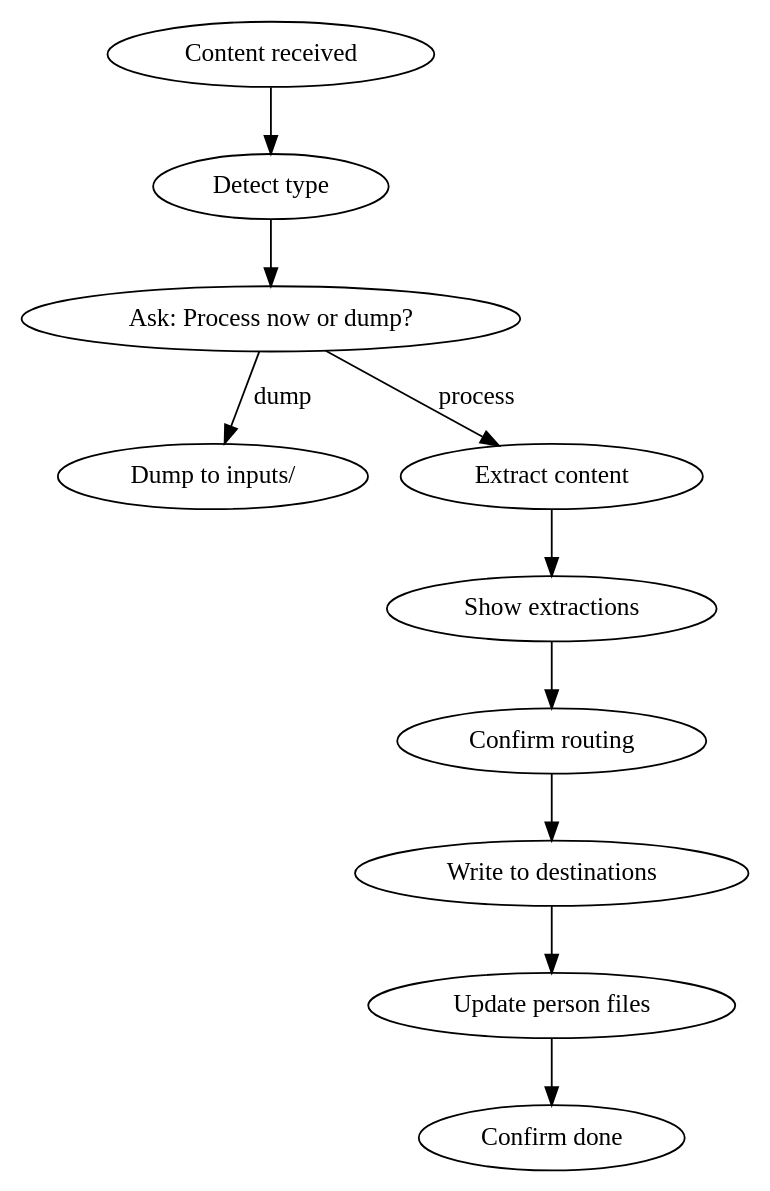
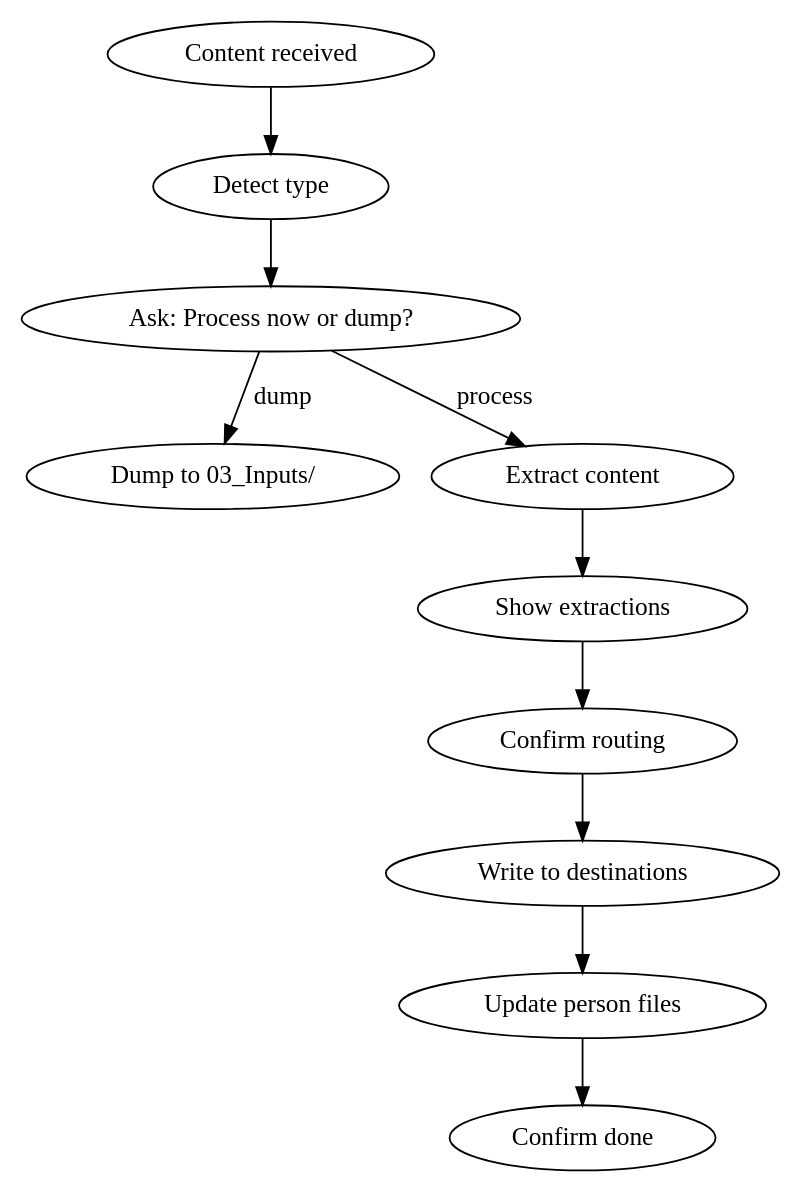
The diagram in skills/input/SKILL.md (benslockedin/aliveskills), drawn with Graphviz before and after one commit. The commit also changed other lines of this file and 38 other files, not shown here.

````diff
--- a/skills/input/SKILL.md
+++ b/skills/input/SKILL.md
@@ -62,13 +62,13 @@
 ```dot
 digraph input_flow {
     "Content received" -> "Detect type";
     "Detect type" -> "Ask: Process now or dump?";
-    "Ask: Process now or dump?" -> "Dump to inputs/" [label="dump"];
+    "Ask: Process now or dump?" -> "Dump to 03_Inputs/" [label="dump"];
     "Ask: Process now or dump?" -> "Extract content" [label="process"];
     "Extract content" -> "Show extractions";
     "Show extractions" -> "Confirm routing";
     "Confirm routing" -> "Write to destinations";
     "Write to destinations" -> "Update person files";
     "Update person files" -> "Confirm done";
 }
 ```
````
